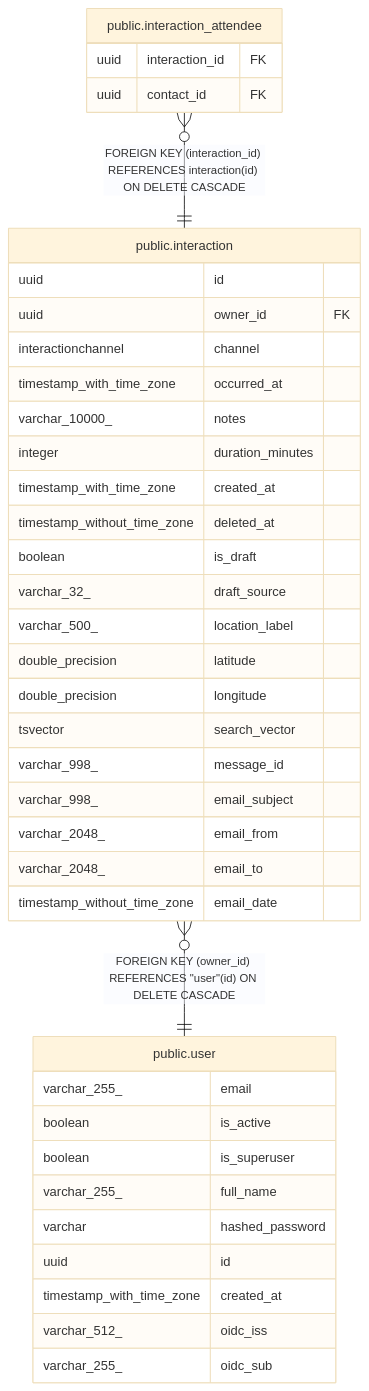
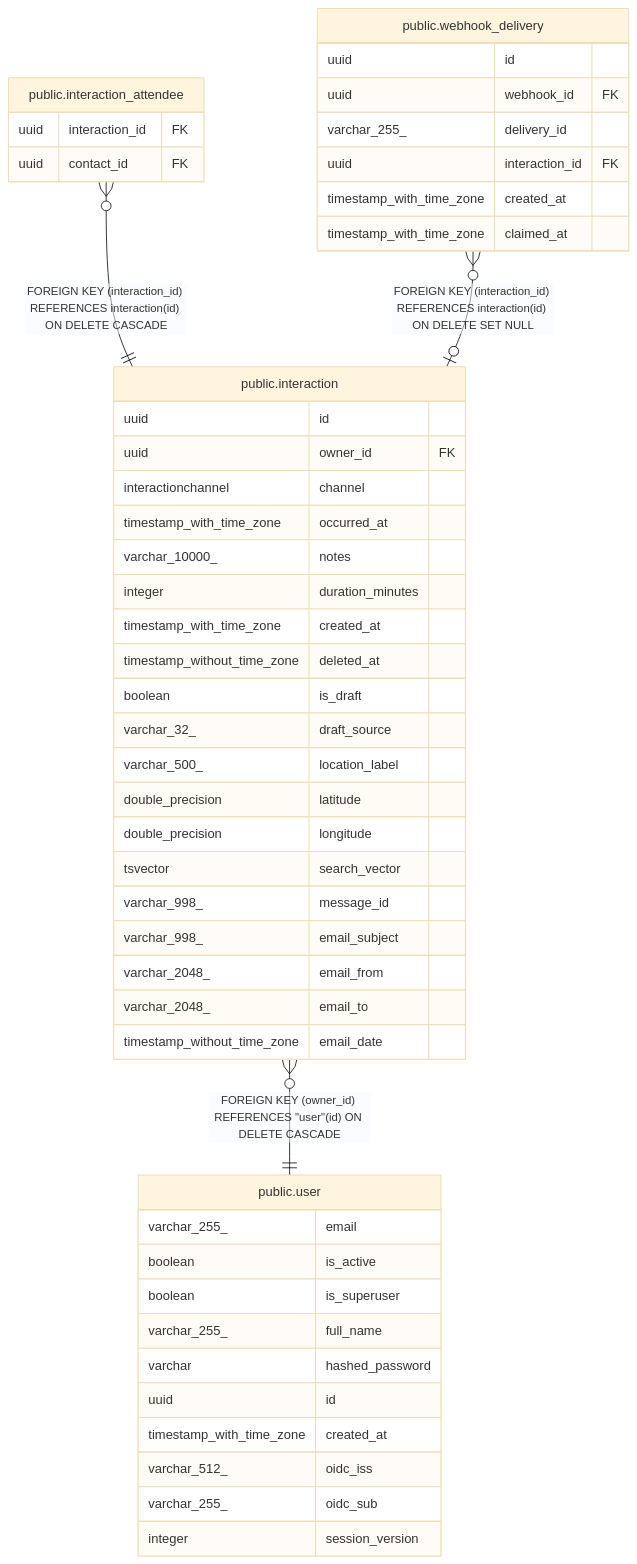
Before and after one commit to pike00/Kindred: the diagram in docs/db/public.interaction.md, drawn with Mermaid (base theme). The commit also changed other lines of this file and 1036 other files, not shown here.

````diff
--- a/docs/db/public.interaction.md
+++ b/docs/db/public.interaction.md
@@ -64,43 +64,53 @@
 ```mermaid
 erDiagram
 
 "public.interaction_attendee" }o--|| "public.interaction" : "FOREIGN KEY (interaction_id) REFERENCES interaction(id) ON DELETE CASCADE"
+"public.webhook_delivery" }o--o| "public.interaction" : "FOREIGN KEY (interaction_id) REFERENCES interaction(id) ON DELETE SET NULL"
 "public.interaction" }o--|| "public.user" : "FOREIGN KEY (owner_id) REFERENCES #quot;user#quot;(id) ON DELETE CASCADE"
 
 "public.interaction" {
   uuid id
   uuid owner_id FK
   interactionchannel channel
   timestamp_with_time_zone occurred_at
   varchar_10000_ notes
   integer duration_minutes
   timestamp_with_time_zone created_at
   timestamp_without_time_zone deleted_at
   boolean is_draft
   varchar_32_ draft_source
   varchar_500_ location_label
   double_precision latitude
   double_precision longitude
   tsvector search_vector
   varchar_998_ message_id
   varchar_998_ email_subject
   varchar_2048_ email_from
   varchar_2048_ email_to
   timestamp_without_time_zone email_date
 }
 "public.interaction_attendee" {
   uuid interaction_id FK
   uuid contact_id FK
 }
+"public.webhook_delivery" {
+  uuid id
+  uuid webhook_id FK
+  varchar_255_ delivery_id
+  uuid interaction_id FK
+  timestamp_with_time_zone created_at
+  timestamp_with_time_zone claimed_at
+}
 "public.user" {
   varchar_255_ email
   boolean is_active
   boolean is_superuser
   varchar_255_ full_name
   varchar hashed_password
   uuid id
   timestamp_with_time_zone created_at
   varchar_512_ oidc_iss
   varchar_255_ oidc_sub
+  integer session_version
 }
 ```
````
